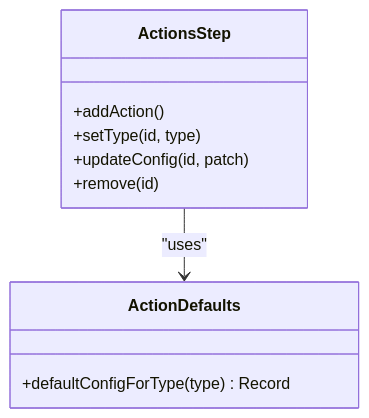
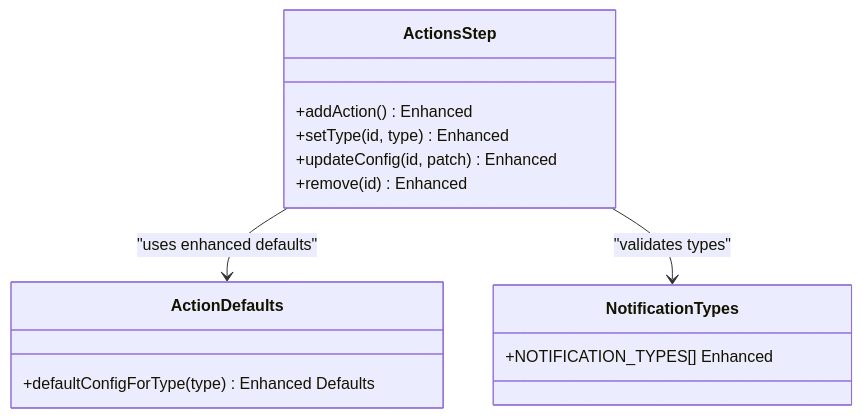
The sixth of 10 diagrams in .qoder/repowiki/en/content/Automation System/Automation Flow Builder.md (gastaldellomarco/pcReady), drawn with Mermaid before and after one commit. The commit also changed other lines of this file and 19 other files, not shown here.

First line of the commit message:
feat(automation): enhance Automation Flow Builder with dual-mode design and advanced UI

````diff
--- a/.qoder/repowiki/en/content/Automation System/Automation Flow Builder.md
+++ b/.qoder/repowiki/en/content/Automation System/Automation Flow Builder.md
@@ -245,13 +317,17 @@
 ```mermaid
 classDiagram
 class ActionsStep {
-+addAction()
-+setType(id, type)
-+updateConfig(id, patch)
-+remove(id)
++addAction() Enhanced
++setType(id, type) Enhanced
++updateConfig(id, patch) Enhanced
++remove(id) Enhanced
 }
 class ActionDefaults {
-+defaultConfigForType(type) Record
++defaultConfigForType(type) Enhanced Defaults
 }
-ActionsStep --> ActionDefaults : "uses"
+class NotificationTypes {
++NOTIFICATION_TYPES[] Enhanced
+}
+ActionsStep --> ActionDefaults : "uses enhanced defaults"
+ActionsStep --> NotificationTypes : "validates types"
 ```
````
